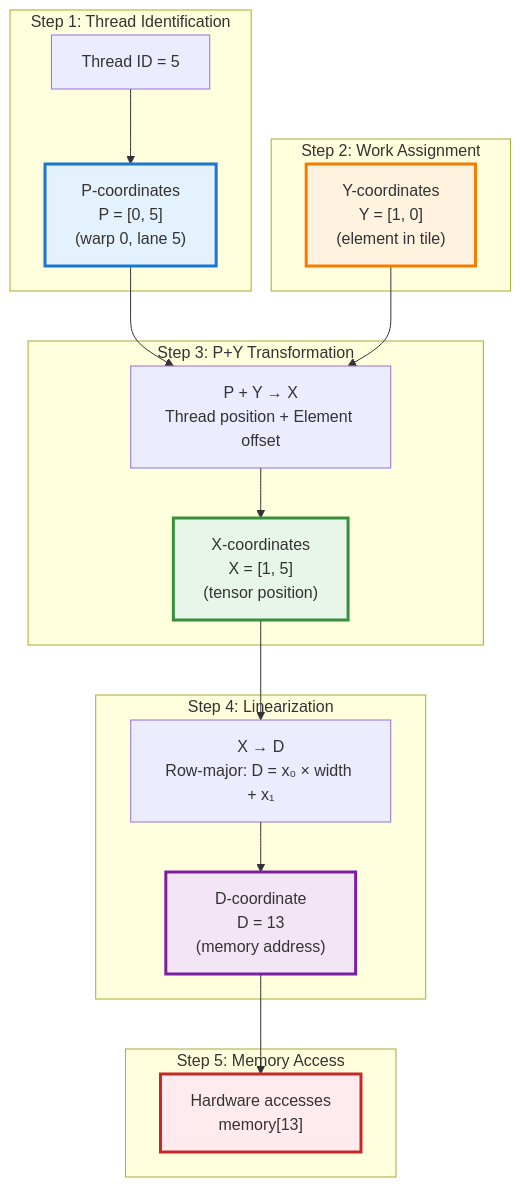
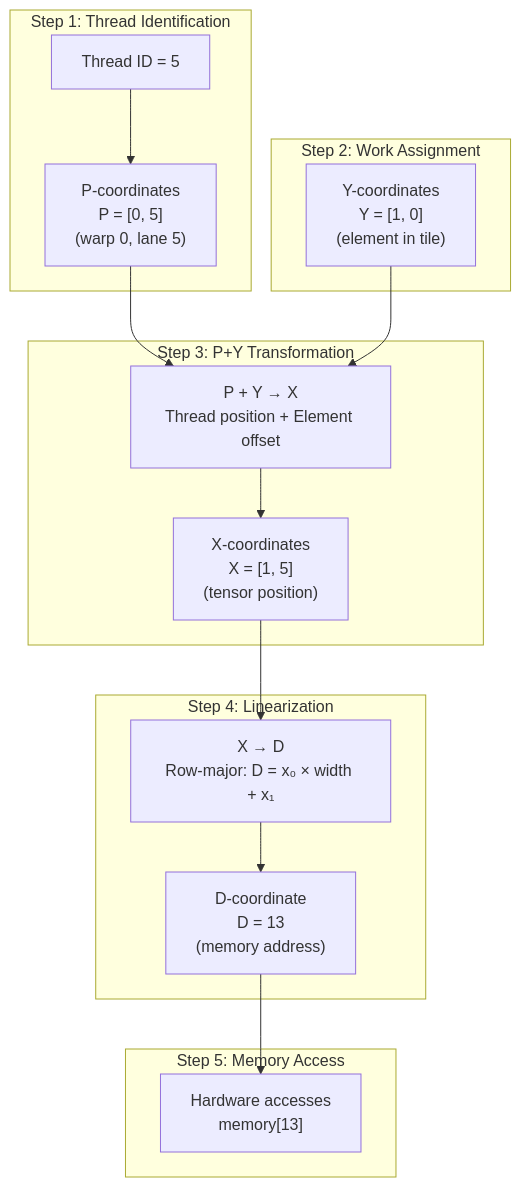
Before and after one commit to hdt98/rocm-libraries: the sixth of 6 diagrams in projects/composablekernel/docs/conceptual/ck_tile/coordinate_systems.rst, drawn with Mermaid. The commit also changed other lines of this file and 21 other files, not shown here.

First line of the commit message:
[ck] Updated CK Tile documentation to use mermaid diagrams (#7955)

```diff
--- a/projects/composablekernel/docs/conceptual/ck_tile/coordinate_systems.rst
+++ b/projects/composablekernel/docs/conceptual/ck_tile/coordinate_systems.rst
@@ -491,39 +389,33 @@
-      .. mermaid::
-      
-         graph TB
-             subgraph "Step 1: Thread Identification"
-                 TID["Thread ID = 5"]
-                 P["P-coordinates<br/>P = [0, 5]<br/>(warp 0, lane 5)"]
-             end
-   
-             subgraph "Step 2: Work Assignment"
-                 Y["Y-coordinates<br/>Y = [1, 0]<br/>(element in tile)"]
-             end
-   
-             subgraph "Step 3: P+Y Transformation"
-                 TRANS["P + Y → X<br/>Thread position + Element offset"]
-                 X["X-coordinates<br/>X = [1, 5]<br/>(tensor position)"]
-             end
-   
-             subgraph "Step 4: Linearization"
-                 LIN["X → D<br/>Row-major: D = x₀ × width + x₁"]
-                 D["D-coordinate<br/>D = 13<br/>(memory address)"]
-             end
-   
-             subgraph "Step 5: Memory Access"
-                 MEM["Hardware accesses<br/>memory[13]"]
-             end
-   
-             TID --> P
-             P --> TRANS
-             Y --> TRANS
-             TRANS --> X
-             X --> LIN
-             LIN --> D
-             D --> MEM
-   
-             style P fill:#e3f2fd,stroke:#1976d2,stroke-width:3px
-             style Y fill:#fff3e0,stroke:#f57c00,stroke-width:3px
-             style X fill:#e8f5e9,stroke:#388e3c,stroke-width:3px
-             style D fill:#f3e5f5,stroke:#7b1fa2,stroke-width:3px
-             style MEM fill:#ffebee,stroke:#c62828,stroke-width:3px
+.. mermaid::
+
+   graph TB
+       subgraph "Step 1: Thread Identification"
+           TID["Thread ID = 5"]
+           P["P-coordinates<br/>P = [0, 5]<br/>(warp 0, lane 5)"]
+       end
+
+       subgraph "Step 2: Work Assignment"
+           Y["Y-coordinates<br/>Y = [1, 0]<br/>(element in tile)"]
+       end
+
+       subgraph "Step 3: P+Y Transformation"
+           TRANS["P + Y → X<br/>Thread position + Element offset"]
+           X["X-coordinates<br/>X = [1, 5]<br/>(tensor position)"]
+       end
+
+       subgraph "Step 4: Linearization"
+           LIN["X → D<br/>Row-major: D = x₀ × width + x₁"]
+           D["D-coordinate<br/>D = 13<br/>(memory address)"]
+       end
+
+       subgraph "Step 5: Memory Access"
+           MEM["Hardware accesses<br/>memory[13]"]
+       end
+
+       TID --> P
+       P --> TRANS
+       Y --> TRANS
+       TRANS --> X
+       X --> LIN
+       LIN --> D
+       D --> MEM
```
